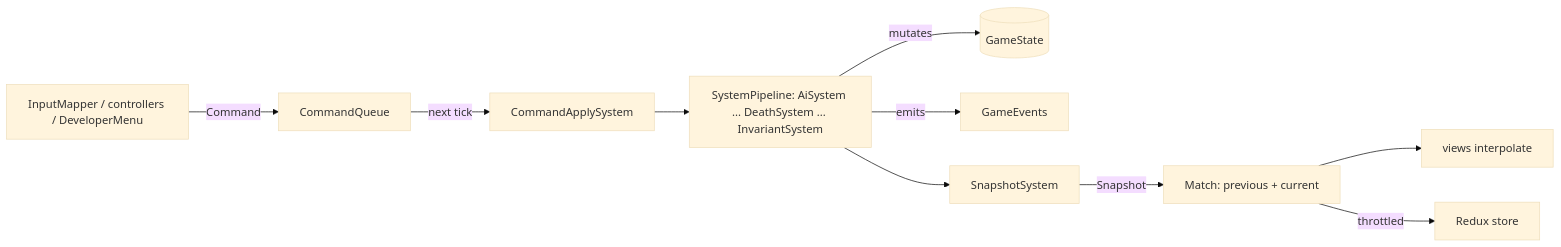
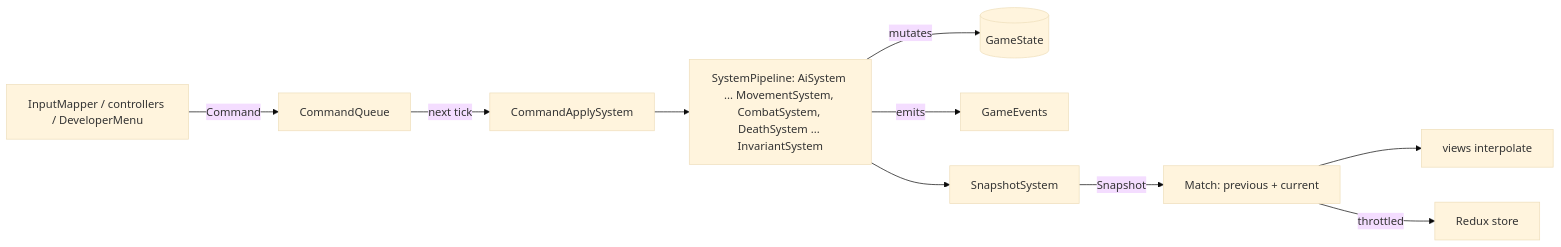
The diagram in docs/architecture/03-game-model.md (SamarjitBhogal/eternalus), drawn with Mermaid (base theme) before and after one commit. The commit also changed other lines of this file and 38 other files, not shown here.

First line of the commit message:
feat(core): add CombatSystem, attack-target and pluggable damage steps

````diff
--- a/docs/architecture/03-game-model.md
+++ b/docs/architecture/03-game-model.md
@@ -36,12 +36,12 @@
 ```mermaid
 flowchart LR
   IN[InputMapper / controllers / DeveloperMenu] -->|Command| Q[CommandQueue]
   Q -->|next tick| APPLY[CommandApplySystem]
-  APPLY --> SYS[SystemPipeline: AiSystem ... DeathSystem ... InvariantSystem]
+  APPLY --> SYS[SystemPipeline: AiSystem ... MovementSystem, CombatSystem, DeathSystem ... InvariantSystem]
   SYS -->|mutates| STATE[(GameState)]
   SYS -->|emits| EV[GameEvents]
   SYS --> SNAP[SnapshotSystem]
   SNAP -->|Snapshot| MATCH[Match: previous + current]
   MATCH --> VIEWS[views interpolate]
   MATCH -->|throttled| STORE[Redux store]
 ```
````
